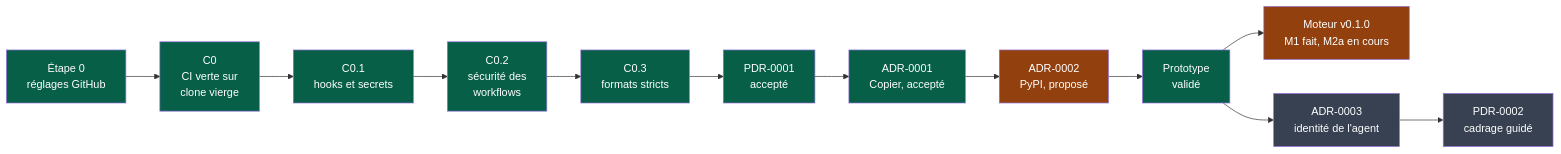
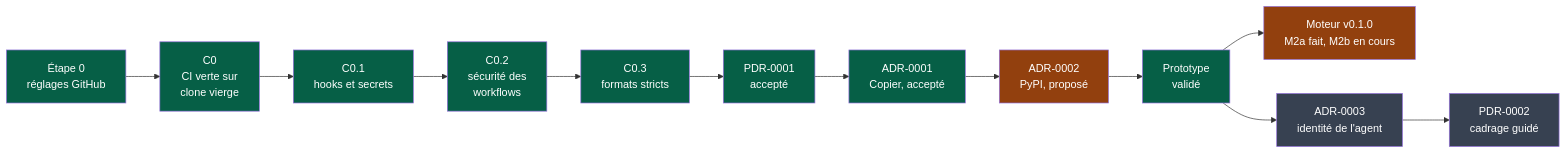
One commit to NapkinStack/engineering-os changed the first of 2 diagrams in docs/governance/chantiers.md. Above: the diagram before and after it, drawn with Mermaid. The commit also changed 7 other files, not shown here.

````diff
--- a/docs/governance/chantiers.md
+++ b/docs/governance/chantiers.md
@@ -10,19 +10,19 @@
 ```mermaid
 flowchart LR
     S0["Étape 0<br/>réglages GitHub"]:::fait --> C0["C0<br/>CI verte sur<br/>clone vierge"]:::fait
     C0 --> C01["C0.1<br/>hooks et secrets"]:::fait
     C01 --> C02["C0.2<br/>sécurité des<br/>workflows"]:::fait
     C02 --> C03["C0.3<br/>formats stricts"]:::fait
     C03 --> PDR["PDR-0001<br/>accepté"]:::fait
     PDR --> A1["ADR-0001<br/>Copier, accepté"]:::fait
     A1 --> A2["ADR-0002<br/>PyPI, proposé"]:::partiel
     A2 --> PT["Prototype<br/>validé"]:::fait
-    PT --> RP["Moteur v0.1.0<br/>M1 fait, M2a en cours"]:::partiel
+    PT --> RP["Moteur v0.1.0<br/>M2a fait, M2b en cours"]:::partiel
     PT --> A3["ADR-0003<br/>identité de l'agent"]:::afaire
     A3 --> P2["PDR-0002<br/>cadrage guidé"]:::afaire
 
     classDef fait fill:#065f46,color:#fff
     classDef partiel fill:#92400e,color:#fff
     classDef afaire fill:#374151,color:#fff
     classDef bloque fill:#7c2d12,color:#fff
 ```
````
